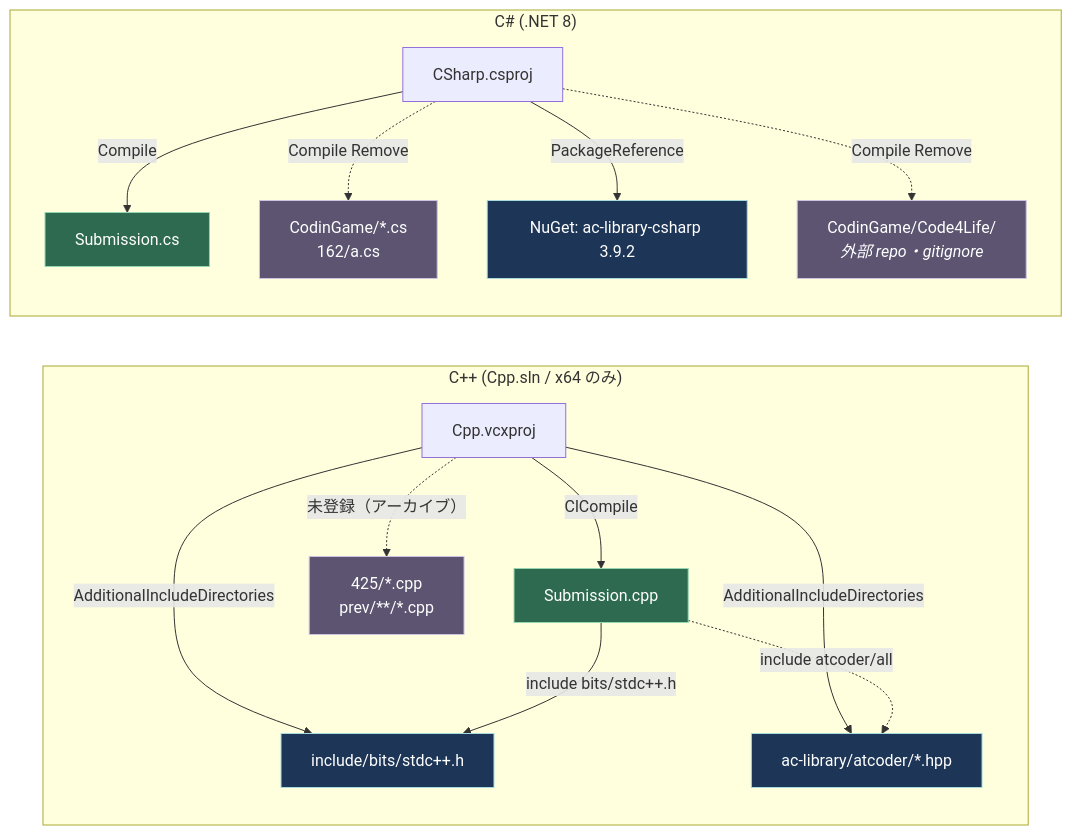
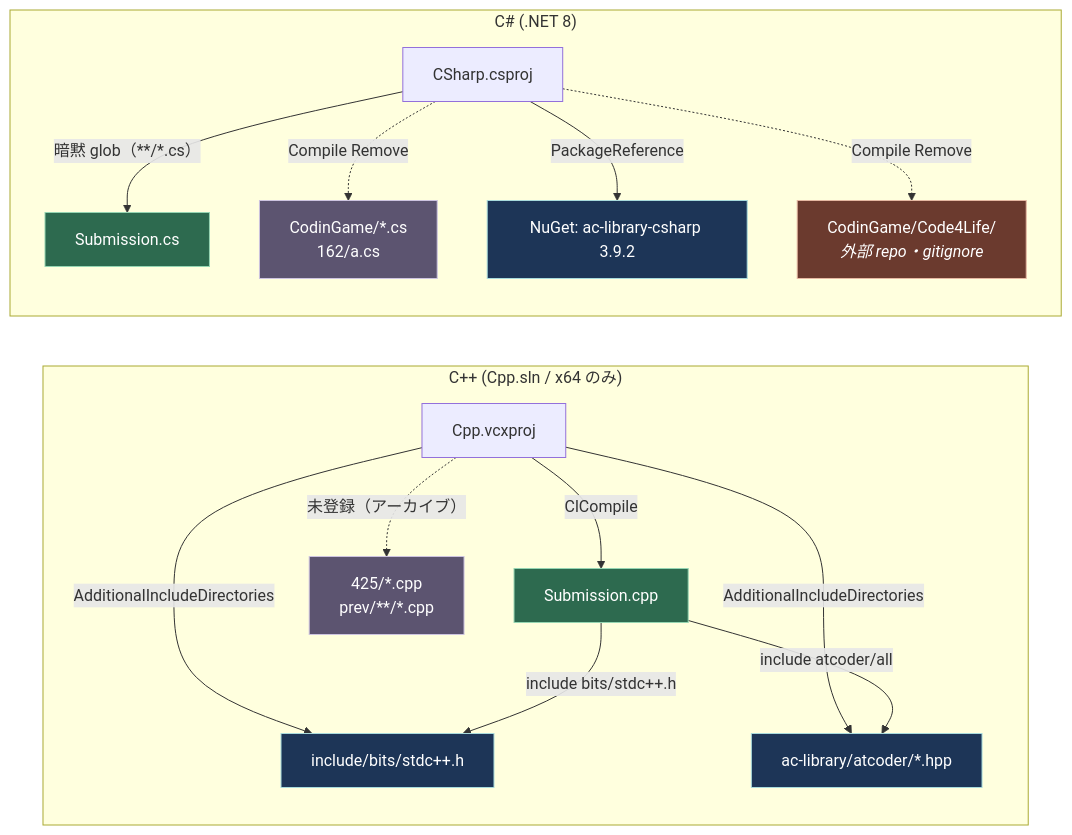
Before and after one commit to bubbleShaker/AtCoder: the second of 3 diagrams in docs/architecture.md, drawn with Mermaid. The commit also changed other lines of this file, not shown here.

````diff
--- a/docs/architecture.md
+++ b/docs/architecture.md
@@ -51,37 +51,39 @@
 ```mermaid
 graph LR
     subgraph cppsub["C++ (Cpp.sln / x64 のみ)"]
         vcxproj["Cpp.vcxproj"]
         subm_cpp["Submission.cpp"]
         arc_cpp["425/*.cpp<br/>prev/**/*.cpp"]
         bits["include/bits/stdc++.h"]
         acl["ac-library/atcoder/*.hpp"]
 
         vcxproj -->|"ClCompile"| subm_cpp
         vcxproj -.->|"未登録（アーカイブ）"| arc_cpp
         vcxproj -->|"AdditionalIncludeDirectories"| bits
         vcxproj -->|"AdditionalIncludeDirectories"| acl
         subm_cpp -->|"include bits/stdc++.h"| bits
-        subm_cpp -.->|"include atcoder/all"| acl
+        subm_cpp -->|"include atcoder/all"| acl
     end
 
     subgraph cssub["C# (.NET 8)"]
         csproj["CSharp.csproj"]
         subm_cs["Submission.cs"]
         arc_cs["CodinGame/*.cs<br/>162/a.cs"]
         nuget["NuGet: ac-library-csharp 3.9.2"]
         referee["CodinGame/Code4Life/<br/><i>外部 repo・gitignore</i>"]
 
-        csproj -->|"Compile"| subm_cs
+        csproj -->|"暗黙 glob（**/*.cs）"| subm_cs
         csproj -.->|"Compile Remove"| arc_cs
         csproj -->|"PackageReference"| nuget
         csproj -.->|"Compile Remove"| referee
     end
 
     classDef build fill:#2d6a4f,stroke:#95d5b2,color:#fff
     classDef lib fill:#1d3557,stroke:#a8dadc,color:#fff
     classDef archive fill:#5c5470,stroke:#cdc4e0,color:#fff
+    classDef external fill:#6b3a2e,stroke:#e6b8a2,color:#fff
     class subm_cpp,subm_cs build
     class bits,acl,nuget lib
-    class arc_cpp,arc_cs,referee archive
+    class arc_cpp,arc_cs archive
+    class referee external
 ```
````
